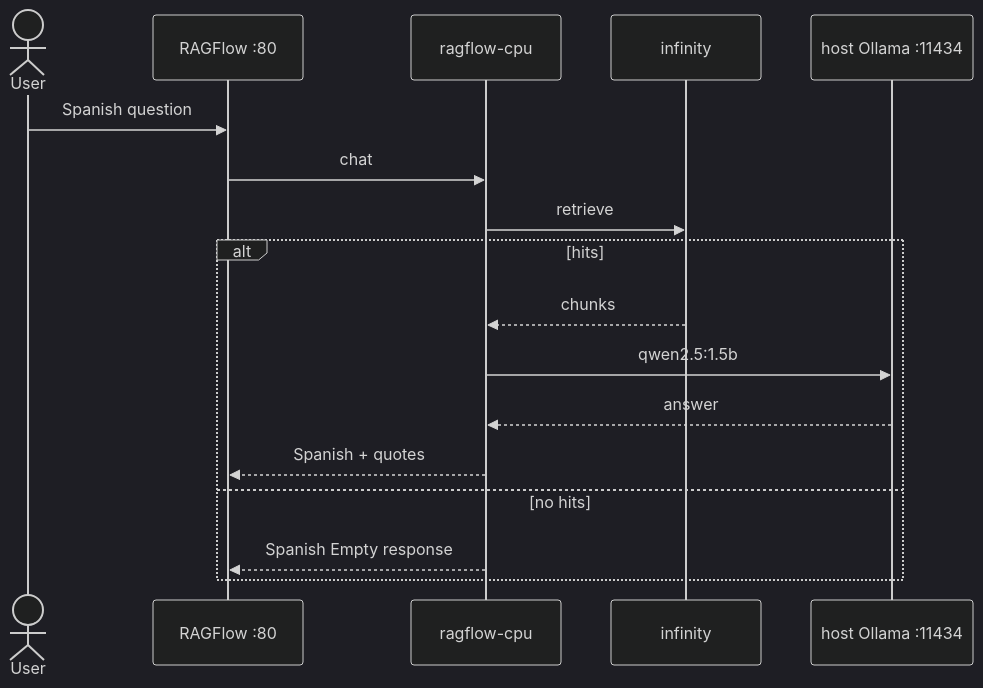
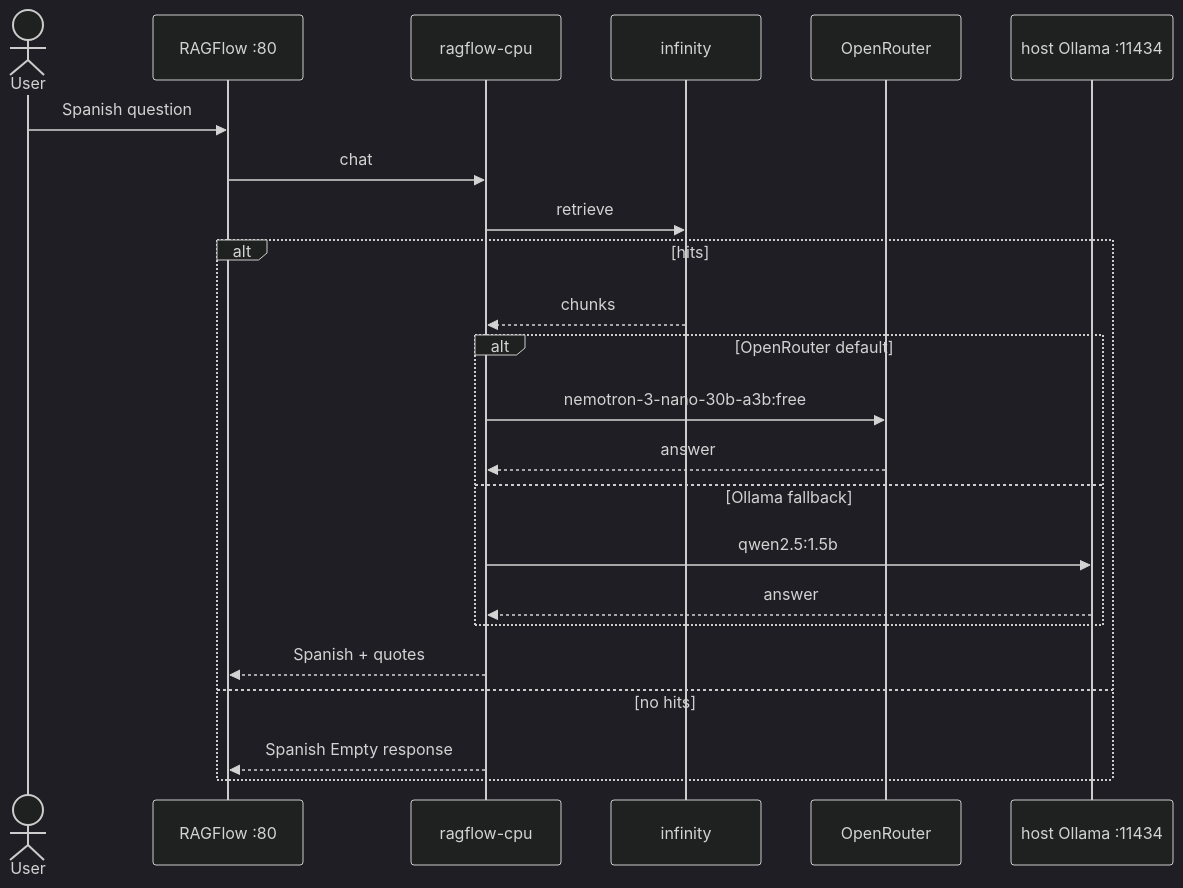
Before and after one commit to javi2481/LEDGERLENS: the second of 2 diagrams in openspec/changes/ledger-lens-ragflow/design.md, drawn with Mermaid (dark theme). The commit also changed other lines of this file and 32 other files, not shown here.

First line of the commit message:
Align demo defaults to OpenRouter and Naive for the 16 GB host.

````diff
--- a/openspec/changes/ledger-lens-ragflow/design.md
+++ b/openspec/changes/ledger-lens-ragflow/design.md
@@ -41,19 +40,25 @@
 ```mermaid
 sequenceDiagram
   actor User
   participant UI as RAGFlow :80
   participant RF as ragflow-cpu
   participant Inf as infinity
+  participant OR as OpenRouter
   participant Ol as host Ollama :11434
   User->>UI: Spanish question
   UI->>RF: chat
   RF->>Inf: retrieve
   alt hits
     Inf-->>RF: chunks
-    RF->>Ol: qwen2.5:1.5b
-    Ol-->>RF: answer
+    alt OpenRouter default
+      RF->>OR: nemotron-3-nano-30b-a3b:free
+      OR-->>RF: answer
+    else Ollama fallback
+      RF->>Ol: qwen2.5:1.5b
+      Ol-->>RF: answer
+    end
     RF-->>UI: Spanish + quotes
   else no hits
     RF-->>UI: Spanish Empty response
   end
 ```
````
